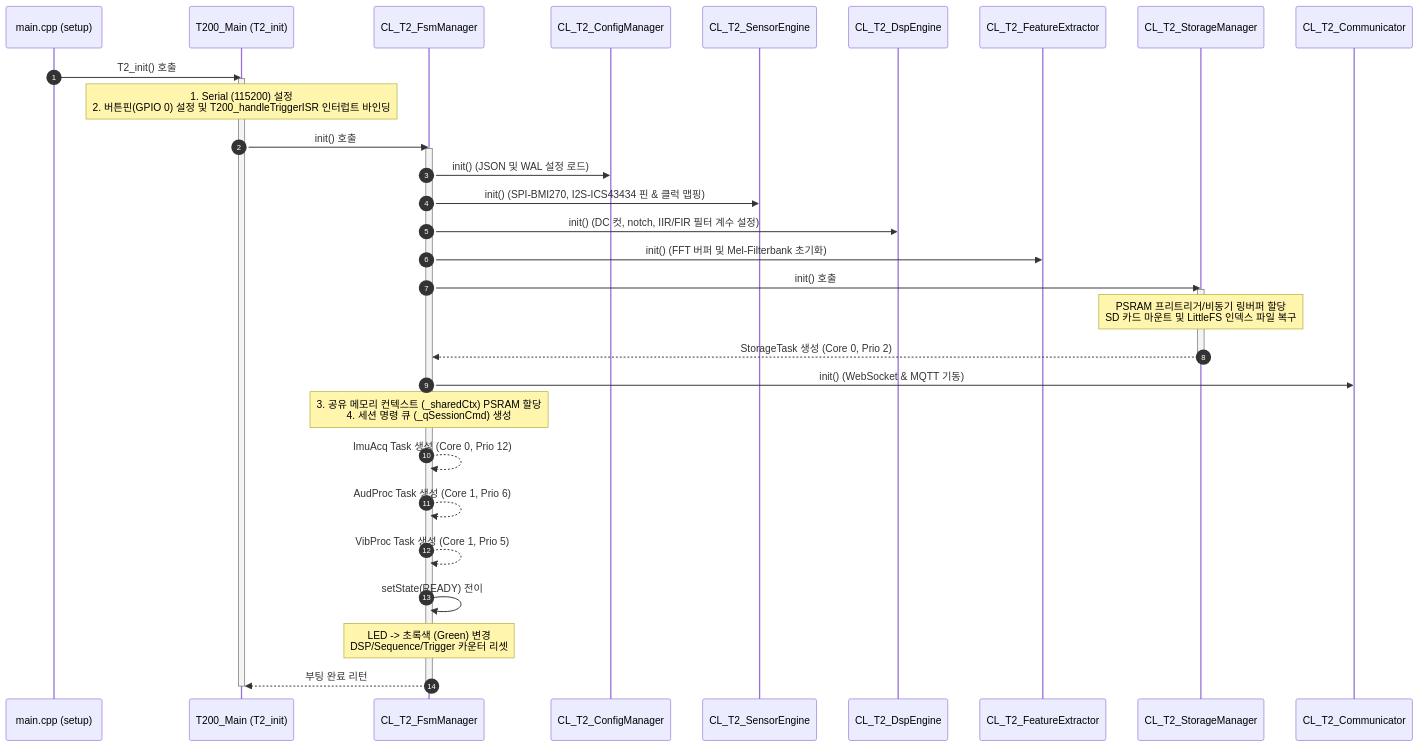
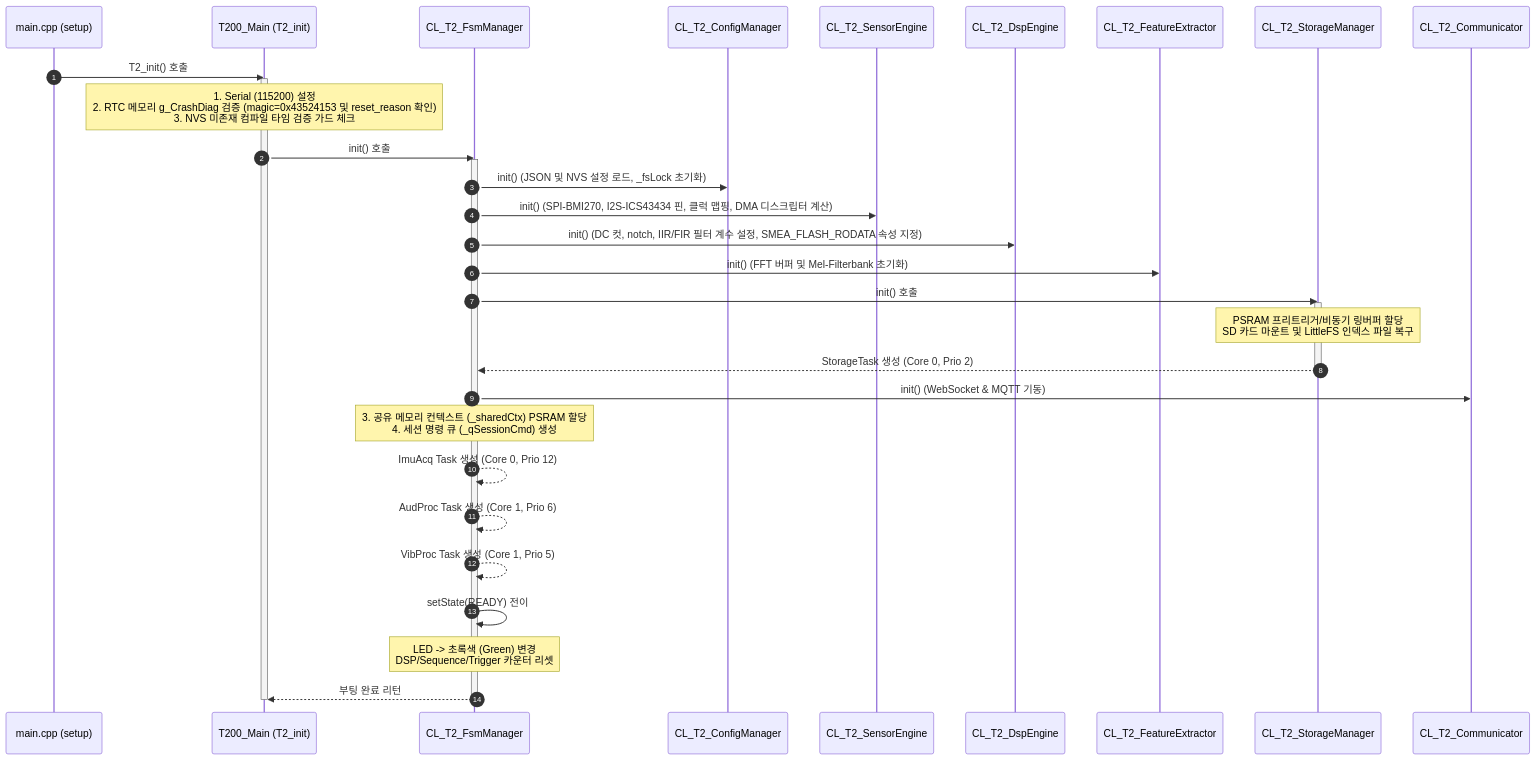
The first of 5 diagrams in src/T2_MSFM_250/Docs_FuncSpec/S40_func_flow_250.md (hosanglee-kr/ESP32_MSFM_250), drawn with Mermaid before and after one commit. The commit also changed other lines of this file and 36 other files, not shown here.

````diff
--- a/src/T2_MSFM_250/Docs_FuncSpec/S40_func_flow_250.md
+++ b/src/T2_MSFM_250/Docs_FuncSpec/S40_func_flow_250.md
@@ -28,45 +31,45 @@
 ```mermaid
 sequenceDiagram
     autonumber
     participant Main as main.cpp (setup)
     participant T200 as T200_Main (T2_init)
     participant FsmMgr as CL_T2_FsmManager
     participant CfgMgr as CL_T2_ConfigManager
     participant Sensor as CL_T2_SensorEngine
     participant DspEng as CL_T2_DspEngine
     participant FeatExt as CL_T2_FeatureExtractor
     participant Storage as CL_T2_StorageManager
     participant Commu as CL_T2_Communicator
 
     Main->>T200: T2_init() 호출
     activate T200
-    Note over T200: 1. Serial (115200) 설정 <br/>2. 버튼핀(GPIO 0) 설정 및 T200_handleTriggerISR 인터럽트 바인딩
+    Note over T200: 1. Serial (115200) 설정 <br/>2. RTC 메모리 g_CrashDiag 검증 (magic=0x43524153 및 reset_reason 확인)<br/>3. NVS 미존재 컴파일 타임 검증 가드 체크
     T200->>FsmMgr: init() 호출
     activate FsmMgr
     
-    FsmMgr->>CfgMgr: init() (JSON 및 WAL 설정 로드)
-    FsmMgr->>Sensor: init() (SPI-BMI270, I2S-ICS43434 핀 & 클럭 맵핑)
-    FsmMgr->>DspEng: init() (DC 컷, notch, IIR/FIR 필터 계수 설정)
+    FsmMgr->>CfgMgr: init() (JSON 및 NVS 설정 로드, _fsLock 초기화)
+    FsmMgr->>Sensor: init() (SPI-BMI270, I2S-ICS43434 핀, 클럭 맵핑, DMA 디스크립터 계산)
+    FsmMgr->>DspEng: init() (DC 컷, notch, IIR/FIR 필터 계수 설정, SMEA_FLASH_RODATA 속성 지정)
     FsmMgr->>FeatExt: init() (FFT 버퍼 및 Mel-Filterbank 초기화)
     
     FsmMgr->>Storage: init() 호출
     activate Storage
     Note over Storage: PSRAM 프리트리거/비동기 링버퍼 할당<br/>SD 카드 마운트 및 LittleFS 인덱스 파일 복구
     Storage-->>FsmMgr: StorageTask 생성 (Core 0, Prio 2)
     deactivate Storage
 
     FsmMgr->>Commu: init() (WebSocket & MQTT 기동)
     
     Note over FsmMgr: 3. 공유 메모리 컨텍스트 (_sharedCtx) PSRAM 할당<br/>4. 세션 명령 큐 (_qSessionCmd) 생성
     
     FsmMgr-->>FsmMgr: ImuAcq Task 생성 (Core 0, Prio 12)
     FsmMgr-->>FsmMgr: AudProc Task 생성 (Core 1, Prio 6)
     FsmMgr-->>FsmMgr: VibProc Task 생성 (Core 1, Prio 5)
     
     FsmMgr->>FsmMgr: setState(READY) 전이
     Note over FsmMgr: LED -> 초록색 (Green) 변경<br/>DSP/Sequence/Trigger 카운터 리셋
     
     FsmMgr-->>T200: 부팅 완료 리턴
     deactivate FsmMgr
     deactivate T200
 ```
````
